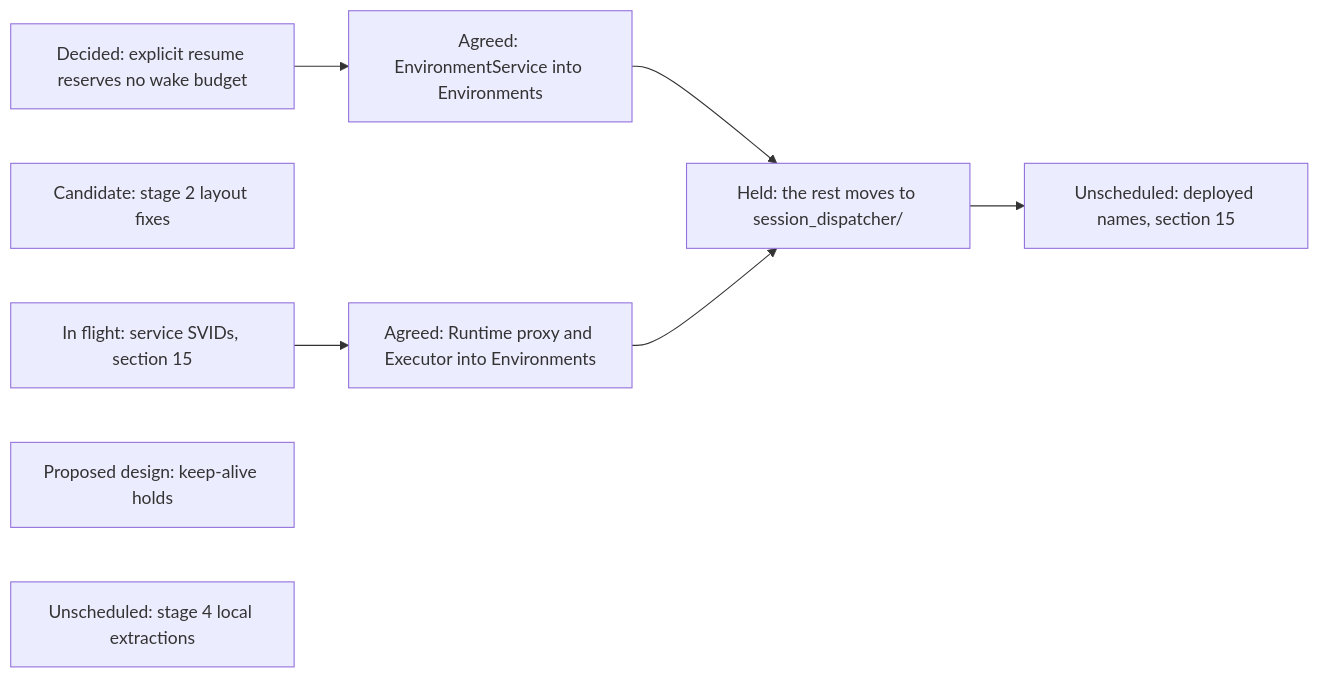
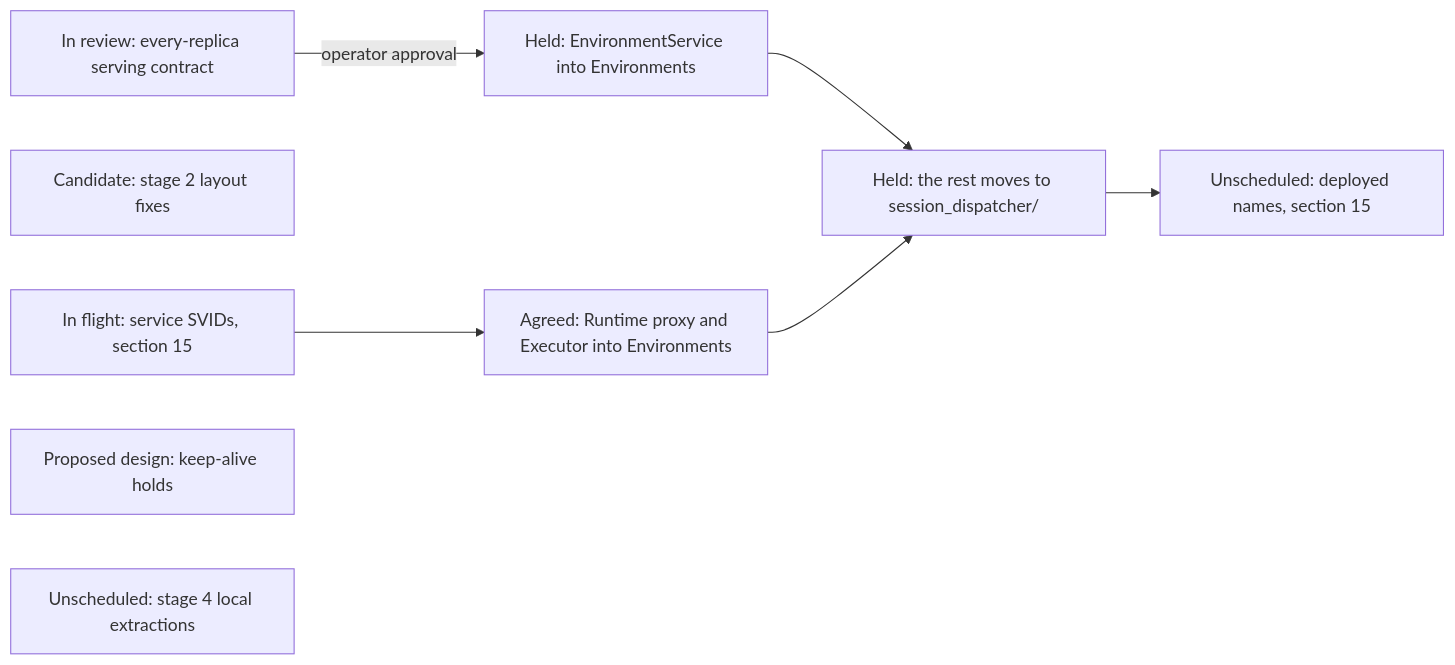
One commit to agentydragon/ducktape changed diagram 21 of 21 in agentplane/plans/task_dag.md. Above: the diagram before and after it, drawn with Mermaid. The commit also changed other lines of this file and 1 other file, not shown here.

Commit message:
Propose EnvironmentService serving on every Controller replica

````diff
--- a/agentplane/plans/task_dag.md
+++ b/agentplane/plans/task_dag.md
@@ -3920,17 +3920,17 @@
 ```mermaid
 flowchart LR
     PRIVILEGED_BACKEND_AUTH_DESIGN[In flight: service SVIDs, section 15]
     GO_LAYOUT_FIXES[Candidate: stage 2 layout fixes]
-    EXPLICIT_RESUME_BUDGET_REMOVAL[Decided: explicit resume reserves no wake budget]
-    ENVIRONMENT_SERVICE_TO_ENVIRONMENTS[Agreed: EnvironmentService into Environments]
+    ENVIRONMENT_SERVICE_SERVING_DESIGN[In review: every-replica serving contract]
+    ENVIRONMENT_SERVICE_TO_ENVIRONMENTS[Held: EnvironmentService into Environments]
     RUNTIME_PROXY_TO_ENVIRONMENTS[Agreed: Runtime proxy and Executor into Environments]
     SESSIONS_BINARY_DIRECTORY[Held: the rest moves to session_dispatcher/]
     ENVIRONMENT_KEEP_ALIVE_HOLDS[Proposed design: keep-alive holds]
     GO_LOCAL_EXTRACTIONS[Unscheduled: stage 4 local extractions]
     RUNNER_GATEWAY_RENAME[Unscheduled: deployed names, section 15]
-    EXPLICIT_RESUME_BUDGET_REMOVAL --> ENVIRONMENT_SERVICE_TO_ENVIRONMENTS
+    ENVIRONMENT_SERVICE_SERVING_DESIGN -->|operator approval| ENVIRONMENT_SERVICE_TO_ENVIRONMENTS
     PRIVILEGED_BACKEND_AUTH_DESIGN --> RUNTIME_PROXY_TO_ENVIRONMENTS
     ENVIRONMENT_SERVICE_TO_ENVIRONMENTS --> SESSIONS_BINARY_DIRECTORY
     RUNTIME_PROXY_TO_ENVIRONMENTS --> SESSIONS_BINARY_DIRECTORY
     SESSIONS_BINARY_DIRECTORY --> RUNNER_GATEWAY_RENAME
 ```
````
